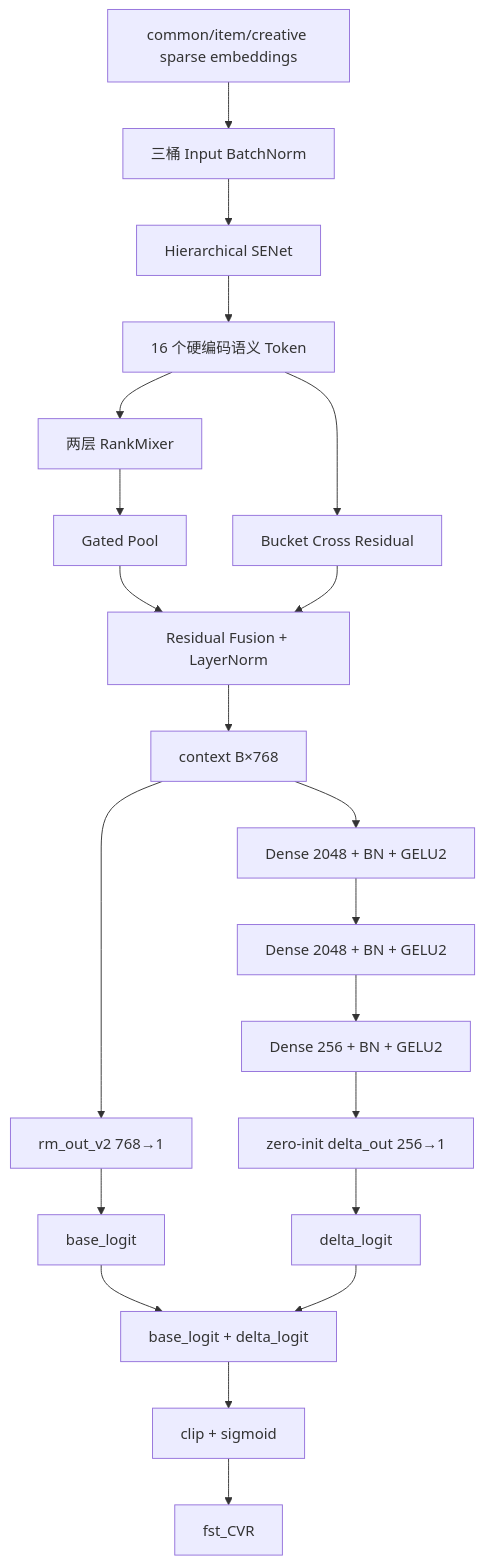
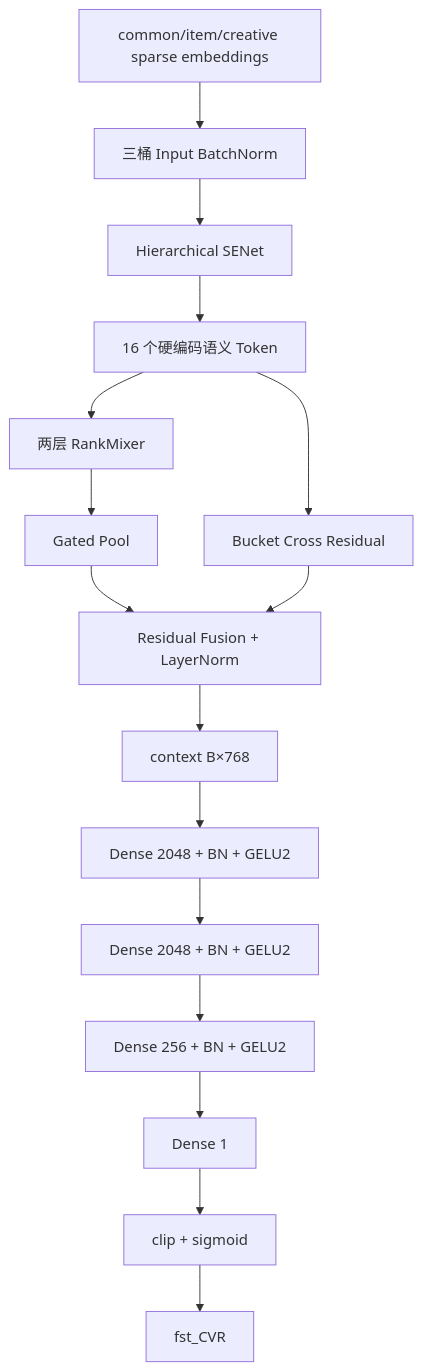
Before and after one commit to Bolt00Y/RAS: the diagram in introduce/rankmixer_v7_introduction.md, drawn with Mermaid. The commit also changed other lines of this file and 2 other files, not shown here.

````diff
--- a/introduce/rankmixer_v7_introduction.md
+++ b/introduce/rankmixer_v7_introduction.md
@@ -57,26 +64,18 @@
 ```mermaid
 flowchart TD
     A[common/item/creative sparse embeddings] --> B[三桶 Input BatchNorm]
     B --> C[Hierarchical SENet]
     C --> D[16 个硬编码语义 Token]
     D --> E[两层 RankMixer]
     E --> F[Gated Pool]
     D --> G[Bucket Cross Residual]
     F --> H[Residual Fusion + LayerNorm]
     G --> H
-
     H --> I[context B×768]
-    I --> J[rm_out_v2 768→1]
-    J --> K[base_logit]
-
-    I --> L[Dense 2048 + BN + GELU2]
-    L --> M[Dense 2048 + BN + GELU2]
-    M --> N[Dense 256 + BN + GELU2]
-    N --> O[zero-init delta_out 256→1]
-    O --> P[delta_logit]
-
-    K --> Q[base_logit + delta_logit]
-    P --> Q
-    Q --> R[clip + sigmoid]
-    R --> S[fst_CVR]
+    I --> J[Dense 2048 + BN + GELU2]
+    J --> K[Dense 2048 + BN + GELU2]
+    K --> L[Dense 256 + BN + GELU2]
+    L --> M[Dense 1]
+    M --> N[clip + sigmoid]
+    N --> O[fst_CVR]
 ```
````
